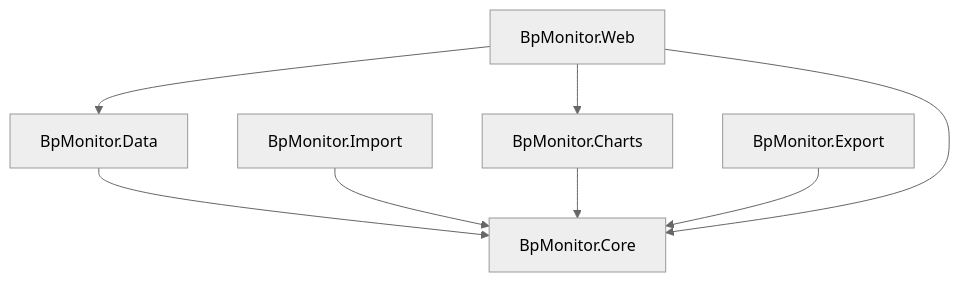
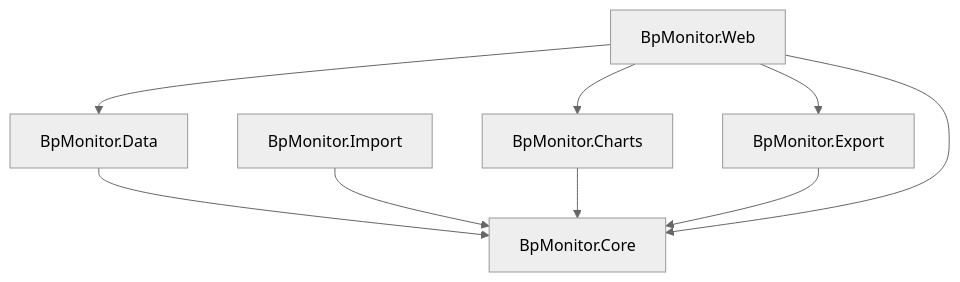
Before and after one commit to draptik/BpMonitor: the diagram in docs/architecture.md, drawn with Mermaid (neutral theme). The commit also changed other lines of this file and 25 other files, not shown here.

````diff
--- a/docs/architecture.md
+++ b/docs/architecture.md
@@ -82,17 +82,18 @@
 ```mermaid
 graph TD
     Core[BpMonitor.Core]
     Data[BpMonitor.Data]
     Import[BpMonitor.Import]
     Export[BpMonitor.Export]
     Charts[BpMonitor.Charts]
     Web[BpMonitor.Web]
 
     Data --> Core
     Import --> Core
     Charts --> Core
     Export --> Core
     Web --> Core
     Web --> Data
     Web --> Charts
+    Web --> Export
 ```
````
